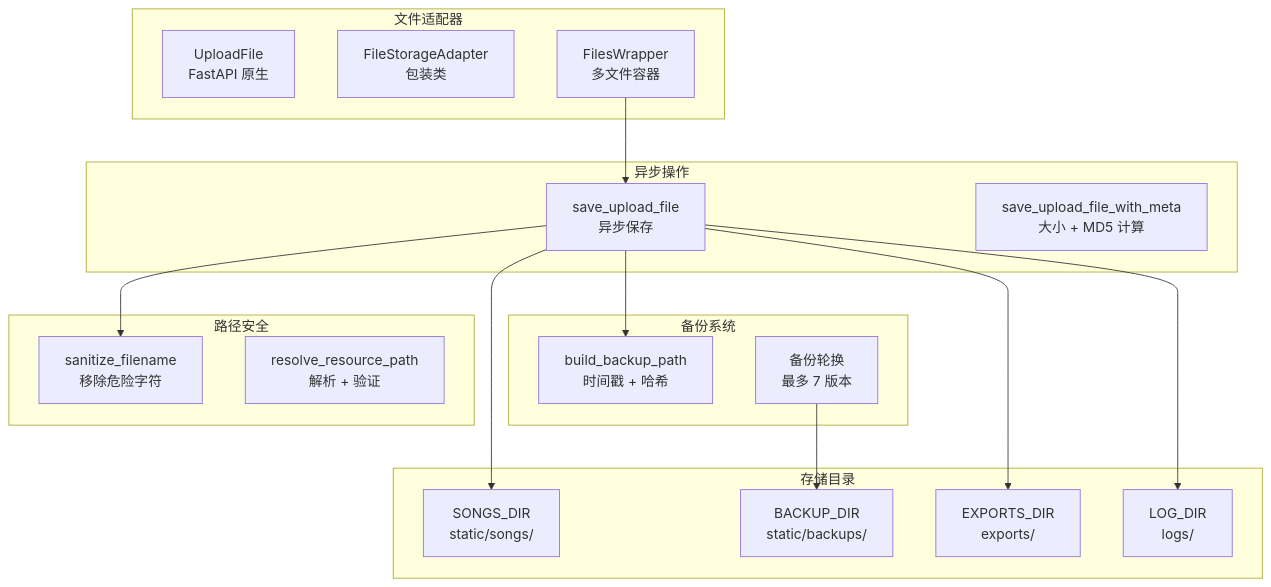
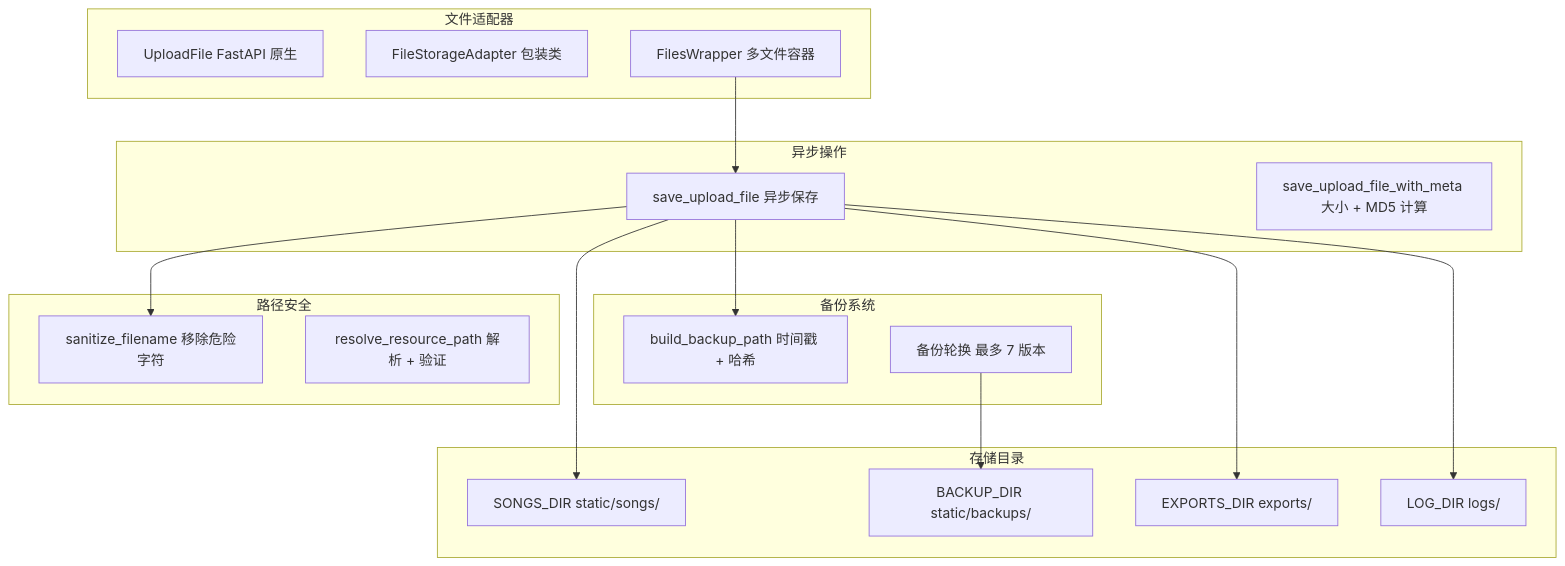
One commit to HKLHaoBin/LyricSphere changed the fifth of 44 diagrams in README.md. Above: the diagram before and after it, drawn with Mermaid. The commit also changed other lines of this file, not shown here.

Commit message:
docs: 更新README中的流程图文本格式

````diff
--- a/README.md
+++ b/README.md
@@ -555,52 +555,52 @@
 ```mermaid
 flowchart TD
-    UploadFile["UploadFile\nFastAPI 原生"]
-    FileStorageAdapter["FileStorageAdapter\n包装类"]
-    FilesWrapper["FilesWrapper\n多文件容器"]
-    SaveUploadFile["save_upload_file\n异步保存"]
-    SaveWithMeta["save_upload_file_with_meta\n大小 + MD5 计算"]
-    SanitizeFilename["sanitize_filename\n移除危险字符"]
-    ResolveResourcePath["resolve_resource_path\n解析 + 验证"]
-    BuildBackupPath["build_backup_path\n时间戳 + 哈希"]
-    RotateBackups["备份轮换\n最多 7 版本"]
-    SONGS_DIR["SONGS_DIR\nstatic/songs/"]
-    BACKUP_DIR["BACKUP_DIR\nstatic/backups/"]
-    EXPORTS_DIR["EXPORTS_DIR\nexports/"]
-    LOG_DIR["LOG_DIR\nlogs/"]
+    UploadFile["UploadFile FastAPI 原生"]
+    FileStorageAdapter["FileStorageAdapter 包装类"]
+    FilesWrapper["FilesWrapper 多文件容器"]
+    SaveUploadFile["save_upload_file 异步保存"]
+    SaveWithMeta["save_upload_file_with_meta 大小 + MD5 计算"]
+    SanitizeFilename["sanitize_filename 移除危险字符"]
+    ResolveResourcePath["resolve_resource_path 解析 + 验证"]
+    BuildBackupPath["build_backup_path 时间戳 + 哈希"]
+    RotateBackups["备份轮换 最多 7 版本"]
+    SONGS_DIR["SONGS_DIR static/songs/"]
+    BACKUP_DIR["BACKUP_DIR static/backups/"]
+    EXPORTS_DIR["EXPORTS_DIR exports/"]
+    LOG_DIR["LOG_DIR logs/"]
 
     FilesWrapper --> SaveUploadFile
     SaveUploadFile --> SanitizeFilename
     SaveUploadFile --> BuildBackupPath
     SaveUploadFile --> SONGS_DIR
     RotateBackups --> BACKUP_DIR
     SaveUploadFile --> EXPORTS_DIR
     SaveUploadFile --> LOG_DIR
 
     subgraph StorageDirectories[存储目录]
         SONGS_DIR
         BACKUP_DIR
         EXPORTS_DIR
         LOG_DIR
     end
 
     subgraph BackupSystem[备份系统]
         BuildBackupPath
         RotateBackups
     end
 
     subgraph PathSecurity[路径安全]
         SanitizeFilename
         ResolveResourcePath
     end
 
     subgraph AsyncOperations[异步操作]
         SaveUploadFile
         SaveWithMeta
     end
 
     subgraph FileAdapters[文件适配器]
         UploadFile
         FileStorageAdapter
         FilesWrapper
     end
 ```
````
